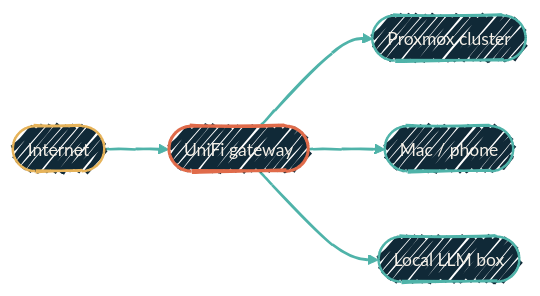
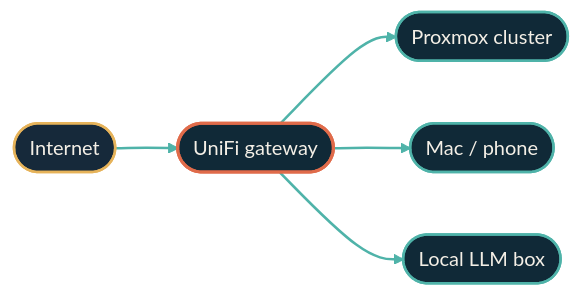
The diagram in infrastructure/repos/tofu-unifi.mdx (dryvist/docs), drawn with Mermaid before and after one commit. The commit also changed other lines of this file and 116 other files, not shown here.

````diff
--- a/infrastructure/repos/tofu-unifi.mdx
+++ b/infrastructure/repos/tofu-unifi.mdx
@@ -108,25 +108,31 @@
 ```mermaid
-%%{init:
-  {'theme':'base','look':'handDrawn','themeVariables':{'fontFamily':'Geist','fontSize':'14px','primaryColor':'#102937','primaryTextColor':'#F4EFE6','primaryBorderColor':'#4FB3A9','lineColor':'#4FB3A9','secondaryColor':'#0B1D2A','tertiaryColor':'#1A2A38','clusterBkg':'rgba(79,179,169,0.08)','clusterBorder':'#4FB3A9'}}}%%
-  flowchart LR
+%%{init: {"theme":"base","look":"handDrawn","themeVariables":{"primaryColor":"#123a36","primaryTextColor":"#f4efe6","primaryBorderColor":"#4fb3a9","lineColor":"#4fb3a9","secondaryColor":"#0b1d2a","tertiaryColor":"#16293a","clusterBkg":"#08151f","clusterBorder":"#4fb3a9","fontFamily":"'Geist Sans', system-ui, -apple-system, BlinkMacSystemFont, 'Segoe UI', Roboto, sans-serif","fontSize":"14px"}}}%%
+flowchart LR
+  classDef src fill:#16293a,stroke:#e06b4a,stroke-width:2px,color:#f4efe6;
+  classDef ai fill:#16293a,stroke:#e06b4a,stroke-width:2px,color:#f4efe6;
+  classDef gate fill:#16293a,stroke:#e06b4a,stroke-width:2.5px,color:#f4efe6;
+  classDef hop fill:#16293a,stroke:#4fb3a9,stroke-width:2px,color:#f4efe6;
+  classDef host fill:#16293a,stroke:#4fb3a9,stroke-width:2px,color:#f4efe6;
+  classDef sink fill:#16293a,stroke:#f4efe6,stroke-width:2px,color:#f4efe6;
+  classDef auto fill:#16293a,stroke:#f4efe6,stroke-width:1.5px,color:#f4efe6;
+  classDef external fill:#16293a,stroke:#e6b35a,stroke-width:2px,color:#f4efe6;
   Net([Internet])
   UF([UniFi gateway])
   PVE([Proxmox cluster])
   Mac([Mac / phone])
   LLM([Local LLM box])
 
   Net --> UF
   UF --> PVE
   UF --> Mac
   UF --> LLM
 
-  classDef external fill:#102937,stroke:#E6B35A,stroke-width:2px,color:#F4EFE6;
   classDef gateway  fill:#102937,stroke:#E06B4A,stroke-width:2.5px,color:#F4EFE6;
   classDef cluster  fill:#102937,stroke:#4FB3A9,stroke-width:2px,color:#F4EFE6;
 
   class Net external
   class UF gateway
   class PVE,Mac,LLM cluster
 
   linkStyle 0,1,2,3 stroke:#4FB3A9,stroke-width:2px;
 ```
````
